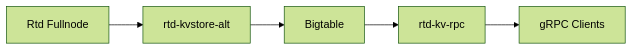
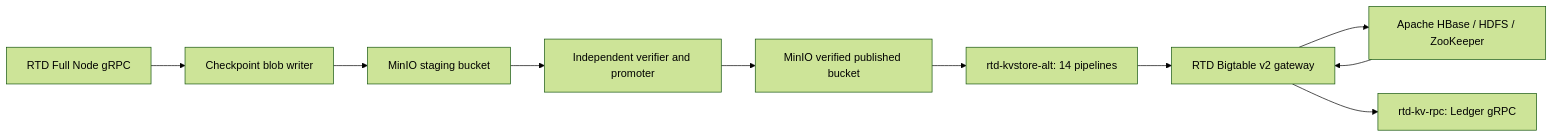
One commit to LinkUVerse/rtd changed the diagram in docs/content/operators/data-management/archival-stack-setup.mdx. Above: the diagram before and after it, drawn with Mermaid (forest theme). The commit also changed other lines of this file and 14 other files, not shown here.

````diff
--- a/docs/content/operators/data-management/archival-stack-setup.mdx
+++ b/docs/content/operators/data-management/archival-stack-setup.mdx
@@ -53,7 +67,12 @@
 ```mermaid
-graph LR
-    A[Rtd Fullnode] --> B[rtd-kvstore-alt]
-    B --> C[Bigtable]
-    C --> D[rtd-kv-rpc]
-    D --> E[gRPC Clients]
+flowchart LR
+    N[RTD Full Node gRPC] --> W[Checkpoint blob writer]
+    W --> S[MinIO staging bucket]
+    S --> V[Independent verifier and promoter]
+    V --> P[MinIO verified published bucket]
+    P --> K[rtd-kvstore-alt: 14 pipelines]
+    K --> G[RTD Bigtable v2 gateway]
+    G --> H[Apache HBase / HDFS / ZooKeeper]
+    H --> G
+    G --> R[rtd-kv-rpc: Ledger gRPC]
 ```
````
